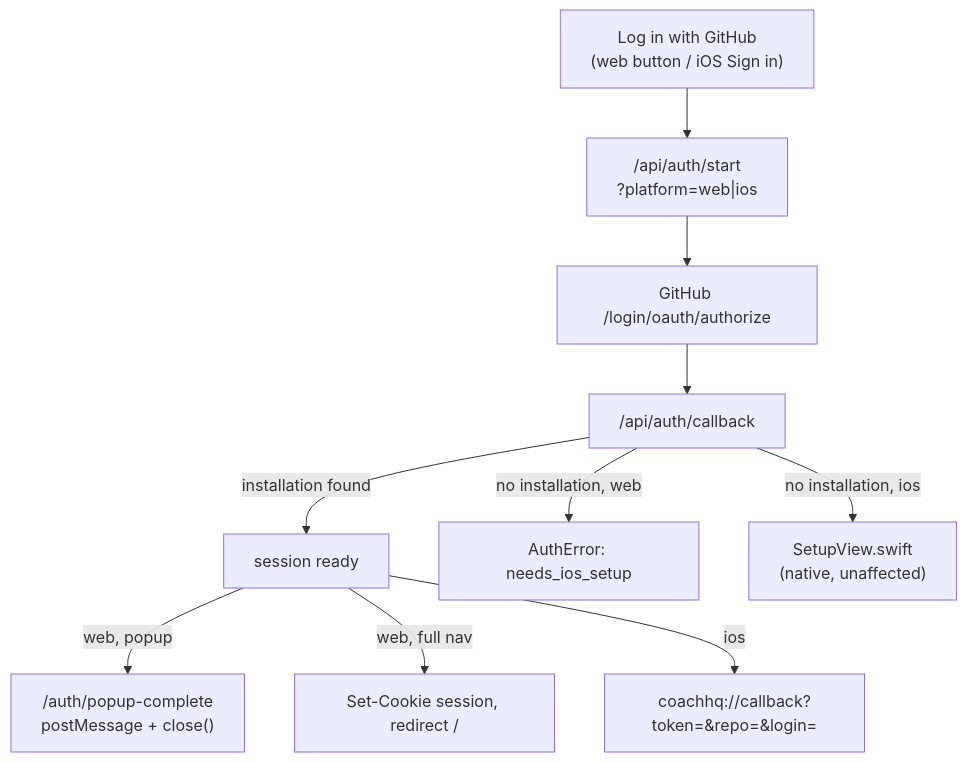
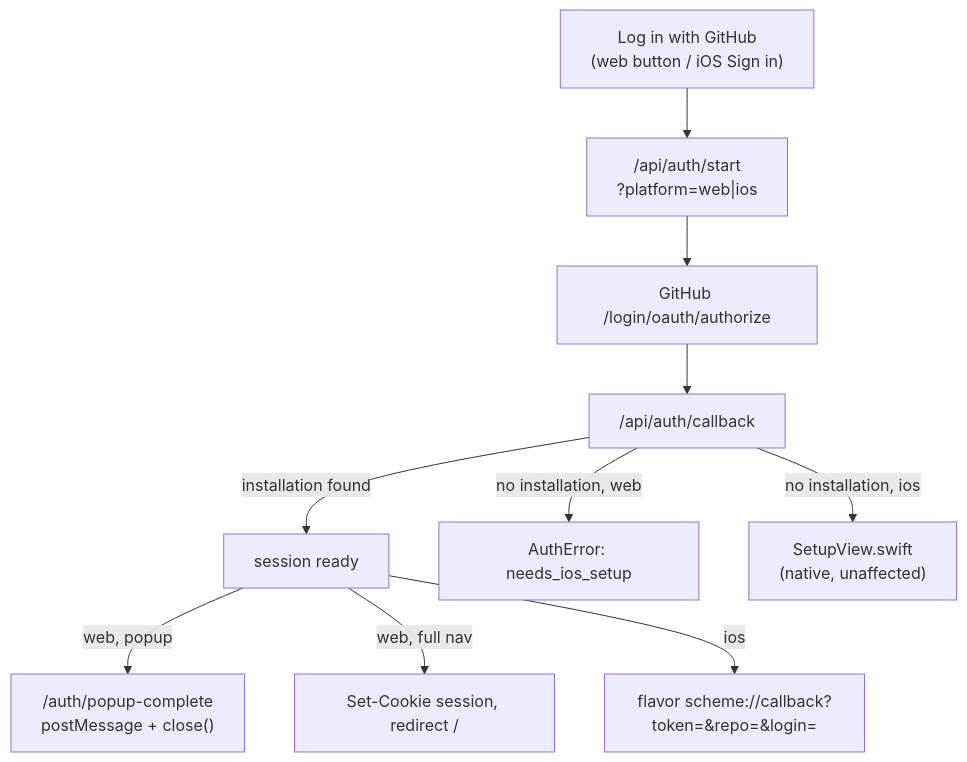
One commit to sibling-shipyard/coach-hq changed the diagram in docs/eng-docs/github-auth.md. Above: the diagram before and after it, drawn with Mermaid. The commit also changed other lines of this file and 18 other files, not shown here.

````diff
--- a/docs/eng-docs/github-auth.md
+++ b/docs/eng-docs/github-auth.md
@@ -16,12 +16,12 @@
 ```mermaid
 flowchart TD
     btn["Log in with GitHub<br/>(web button / iOS Sign in)"] --> start["/api/auth/start<br/>?platform=web|ios"]
     start --> authorize["GitHub /login/oauth/authorize"]
     authorize --> cb["/api/auth/callback"]
     cb -->|"installation found"| done["session ready"]
     cb -->|"no installation, web"| authErr["AuthError: needs_ios_setup"]
     cb -->|"no installation, ios"| iossetup["SetupView.swift<br/>(native, unaffected)"]
     done -->|"web, popup"| popupdone["/auth/popup-complete<br/>postMessage + close()"]
     done -->|"web, full nav"| webdone["Set-Cookie session, redirect /"]
-    done -->|"ios"| iosdone["coachhq://callback?token=&repo=&login="]
+    done -->|"ios"| iosdone["flavor scheme://callback?token=&repo=&login="]
 ```
````
